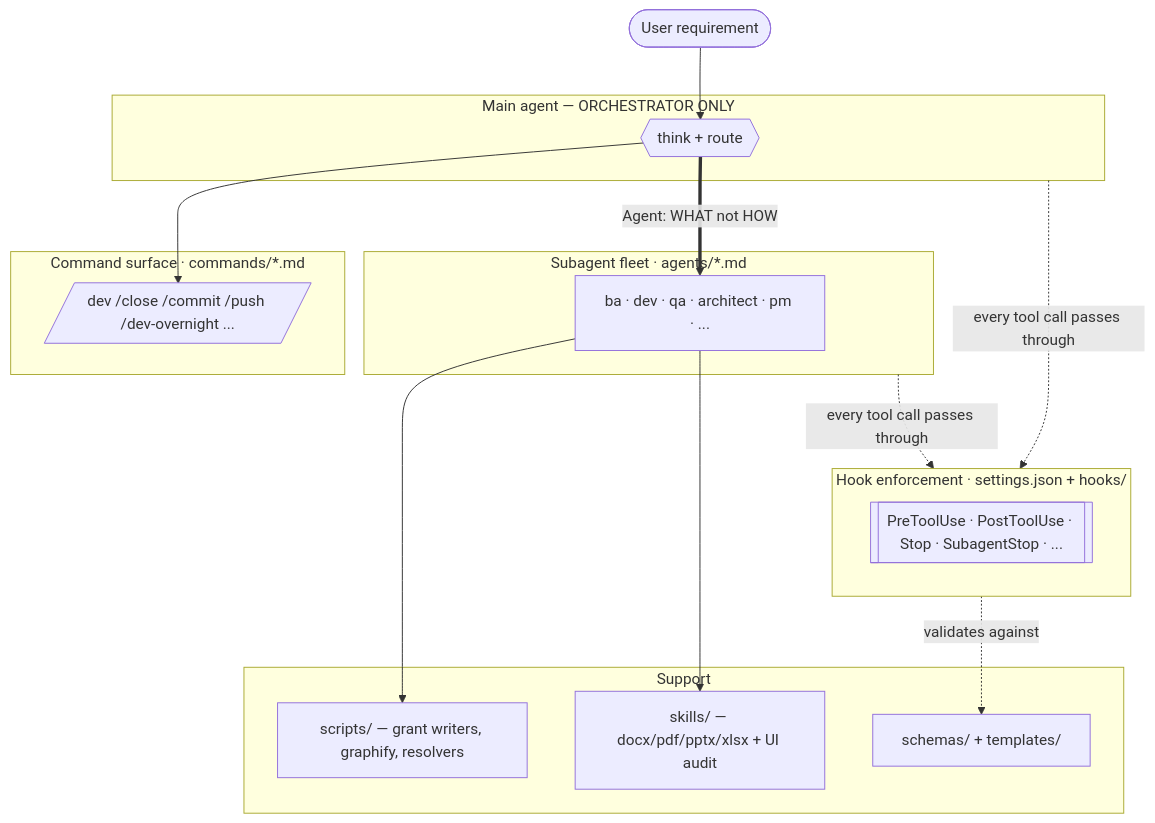
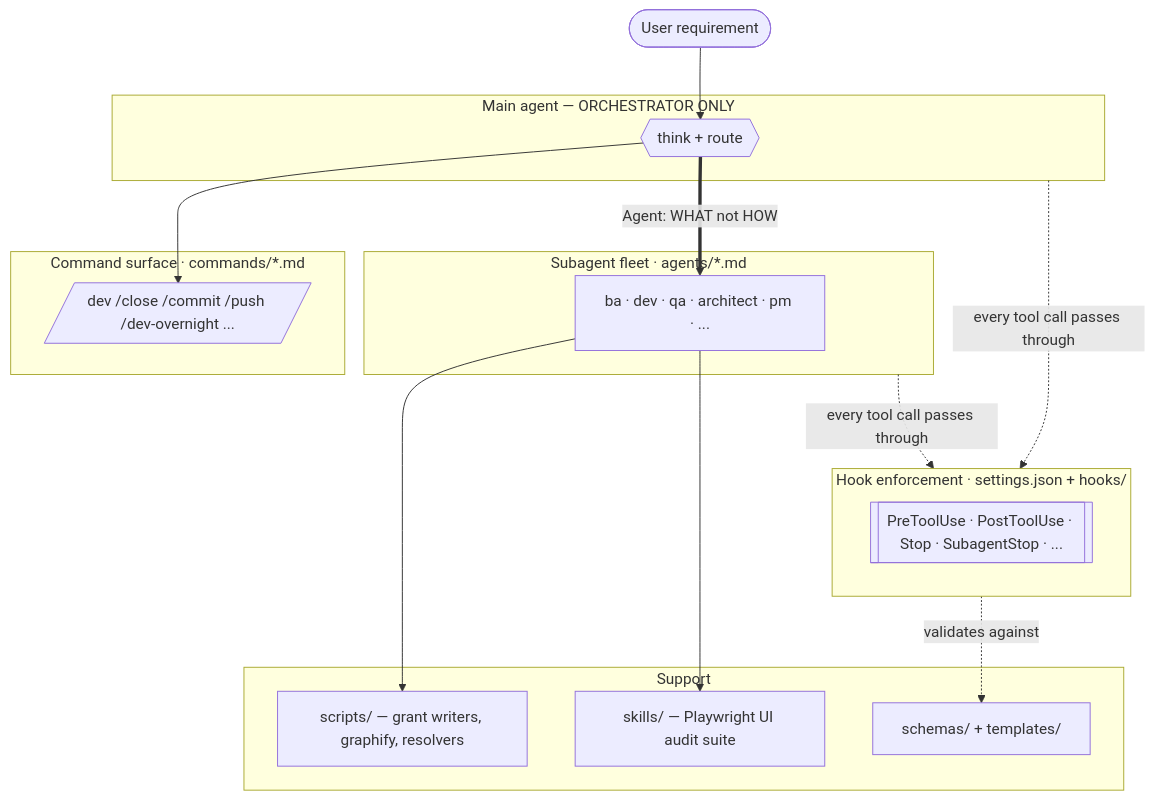
Before and after one commit to Yugoge/claude-code-config: the first of 5 diagrams in ARCHITECTURE.md, drawn with Mermaid.

Commit message:
checkpoint: Auto-save at 2026-06-15 09:58:48
Trigger: posttool threshold (37 files, threshold=10)
Ref: refs/checkpoints/master
Files: 1

This commit is a snapshot written to refs/checkpoints/* by
~/.claude/hooks/lib/checkpoint-core.sh. It is NOT on any branch HEAD.

🤖 Generated with [Claude Code](https://claude.com/claude-code)
via [Happy](https://happy.engineering)

````diff
--- a/ARCHITECTURE.md
+++ b/ARCHITECTURE.md
@@ -58,34 +58,34 @@
 ```mermaid
 flowchart TD
     U([User requirement]) --> ORCH
 
     subgraph L0[Main agent — ORCHESTRATOR ONLY]
       ORCH{{think + route}}
     end
 
     subgraph L1[Command surface · commands/*.md]
       CMD[/dev /close /commit /push /dev-overnight .../]
     end
 
     subgraph L2[Subagent fleet · agents/*.md]
       FLEET[ba · dev · qa · architect · pm · ...]
     end
 
     subgraph L3[Hook enforcement · settings.json + hooks/]
       HOOKS[[PreToolUse · PostToolUse · Stop · SubagentStop · ...]]
     end
 
     subgraph L4[Support]
       SCR[scripts/ — grant writers, graphify, resolvers]
-      SK[skills/ — docx/pdf/pptx/xlsx + UI audit]
+      SK[skills/ — Playwright UI audit suite]
       SCH[schemas/ + templates/]
     end
 
     ORCH --> CMD
     ORCH ==>|Agent: WHAT not HOW| FLEET
     FLEET --> SCR
     FLEET --> SK
     L0 -.every tool call passes through.-> L3
     L2 -.every tool call passes through.-> L3
     L3 -.validates against.-> SCH
 ```
````
